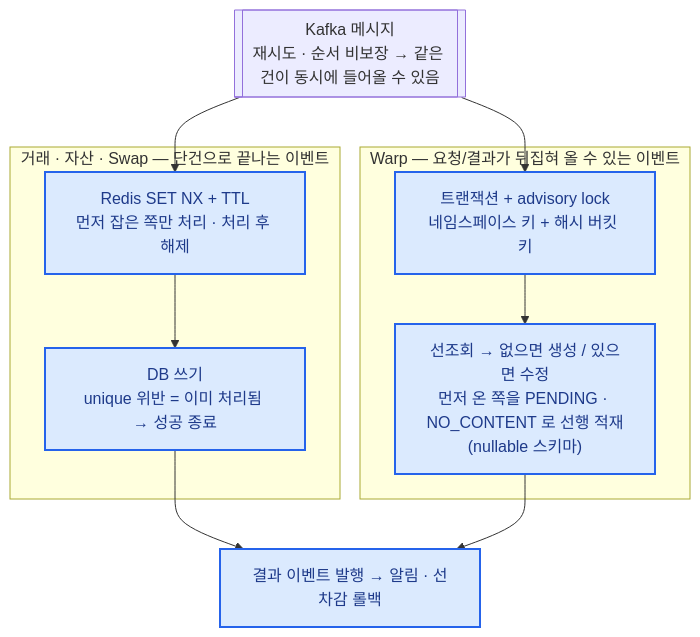
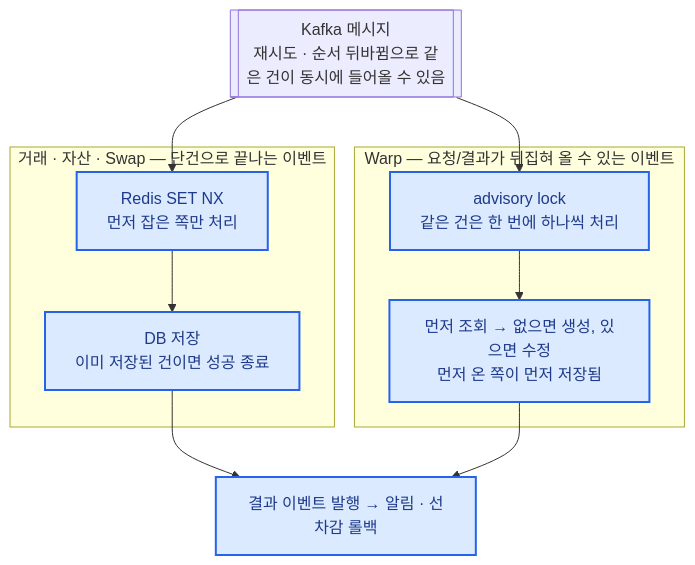
The diagram in content/diagrams/activity-lock.mmd (shalwxy/career), drawn with Mermaid before and after one commit. The commit also changed 27 other files, not shown here.

```diff
--- a/content/diagrams/activity-lock.mmd
+++ b/content/diagrams/activity-lock.mmd
@@ -1,21 +1,21 @@
 %% title: 동시 적재 정합성 — 이벤트 종류별 방어
 %% title_en: Concurrent ingestion — defence per event type
 flowchart TB
-    K[["Kafka 메시지<br/>재시도 · 순서 비보장 → 같은 건이 동시에 들어올 수 있음"]]
+    K[["Kafka 메시지<br/>재시도 · 순서 뒤바뀜으로 같은 건이 동시에 들어올 수 있음"]]
     subgraph A["거래 · 자산 · Swap — 단건으로 끝나는 이벤트"]
-        R["Redis SET NX + TTL<br/>먼저 잡은 쪽만 처리 · 처리 후 해제"]
-        W1["DB 쓰기<br/>unique 위반 = 이미 처리됨 → 성공 종료"]
+        R["Redis SET NX<br/>먼저 잡은 쪽만 처리"]
+        W1["DB 저장<br/>이미 저장된 건이면 성공 종료"]
         R --> W1
     end
     subgraph B["Warp — 요청/결과가 뒤집혀 올 수 있는 이벤트"]
-        P["트랜잭션 + advisory lock<br/>네임스페이스 키 + 해시 버킷 키"]
-        S["선조회 → 없으면 생성 / 있으면 수정<br/>먼저 온 쪽을 PENDING · NO_CONTENT 로 선행 적재<br/>(nullable 스키마)"]
+        P["advisory lock<br/>같은 건은 한 번에 하나씩 처리"]
+        S["먼저 조회 → 없으면 생성, 있으면 수정<br/>먼저 온 쪽이 먼저 저장됨"]
         P --> S
     end
     N["결과 이벤트 발행 → 알림 · 선차감 롤백"]
     K --> R
     K --> P
     W1 --> N
     S --> N
     classDef mine fill:#dbeafe,stroke:#2563eb,stroke-width:2px,color:#1e3a8a
     class R,W1,P,S,N mine
```
